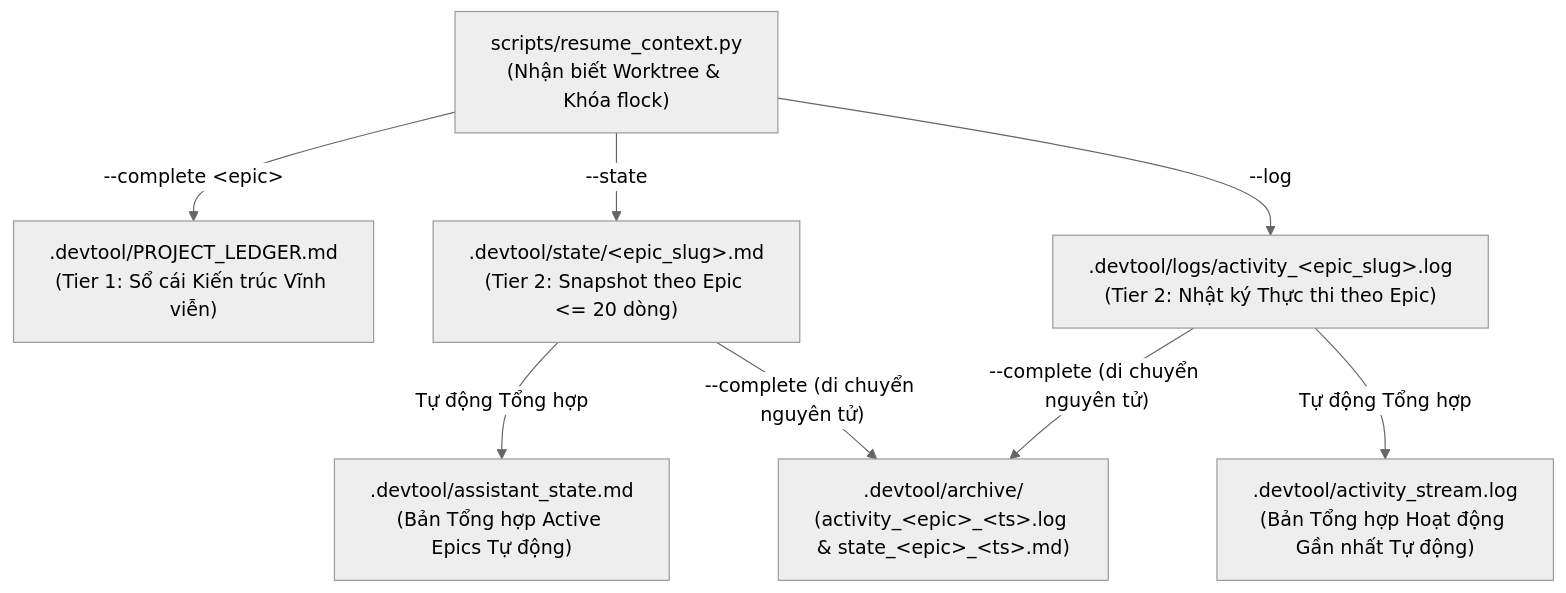
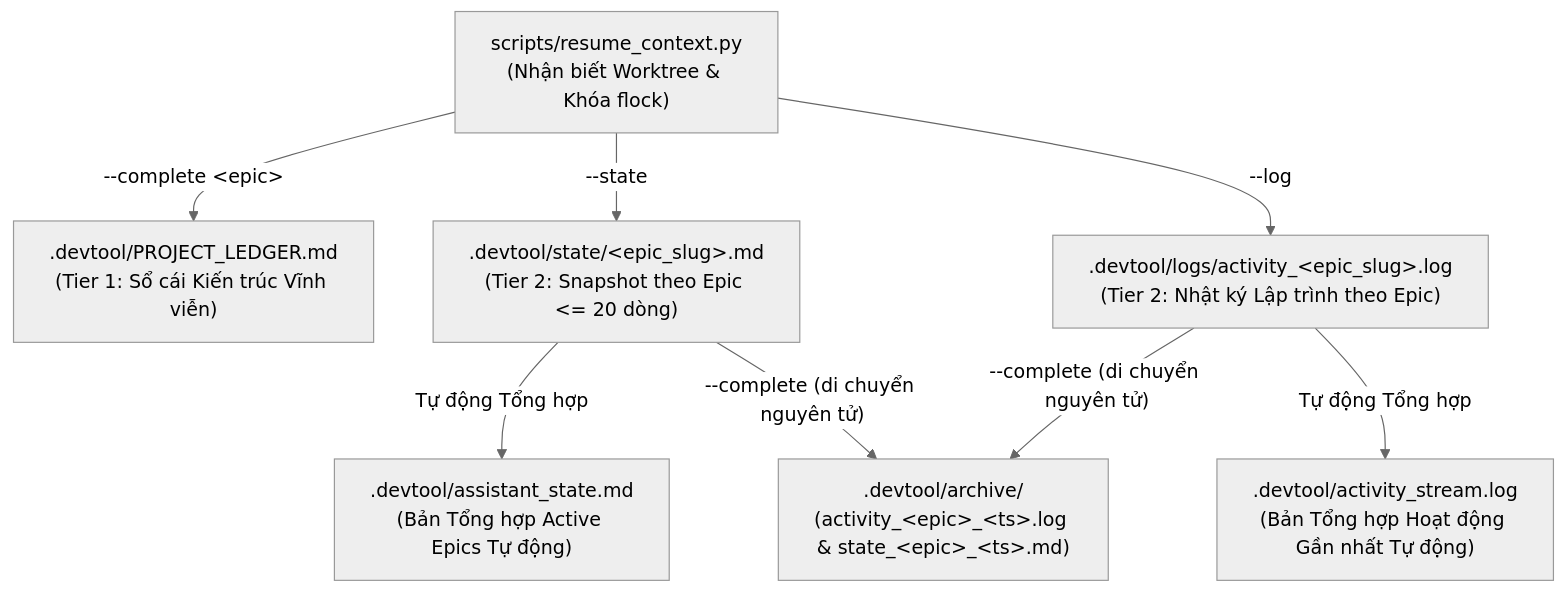
One commit to DanhDue/ai-agent-tools changed the first of 2 diagrams in docs/superpowers/specs/2026-10-30-context-memory-management-design.vi.md. Above: the diagram before and after it, drawn with Mermaid (neutral theme). The commit also changed other lines of this file and 1 other file, not shown here.

````diff
--- a/docs/superpowers/specs/2026-10-30-context-memory-management-design.vi.md
+++ b/docs/superpowers/specs/2026-10-30-context-memory-management-design.vi.md
@@ -68,18 +68,18 @@
 ```mermaid
 flowchart TD
     CLI["scripts/resume_context.py<br/>(Nhận biết Worktree &amp; Khóa flock)"]
     T1[".devtool/PROJECT_LEDGER.md<br/>(Tier 1: Sổ cái Kiến trúc Vĩnh viễn)"]
     S_EPIC[".devtool/state/&lt;epic_slug&gt;.md<br/>(Tier 2: Snapshot theo Epic &lt;= 20 dòng)"]
-    L_EPIC[".devtool/logs/activity_&lt;epic_slug&gt;.log<br/>(Tier 2: Nhật ký Thực thi theo Epic)"]
+    L_EPIC[".devtool/logs/activity_&lt;epic_slug&gt;.log<br/>(Tier 2: Nhật ký Lập trình theo Epic)"]
     S_ROLL[".devtool/assistant_state.md<br/>(Bản Tổng hợp Active Epics Tự động)"]
     L_ROLL[".devtool/activity_stream.log<br/>(Bản Tổng hợp Hoạt động Gần nhất Tự động)"]
     ARCH[".devtool/archive/<br/>(activity_&lt;epic&gt;_&lt;ts&gt;.log &amp; state_&lt;epic&gt;_&lt;ts&gt;.md)"]
 
     CLI -->|"--state"| S_EPIC
     S_EPIC -->|"Tự động Tổng hợp"| S_ROLL
     CLI -->|"--log"| L_EPIC
     L_EPIC -->|"Tự động Tổng hợp"| L_ROLL
     CLI -->|"--complete &lt;epic&gt;"| T1
     S_EPIC -->|"--complete (di chuyển nguyên tử)"| ARCH
     L_EPIC -->|"--complete (di chuyển nguyên tử)"| ARCH
 ```
````
